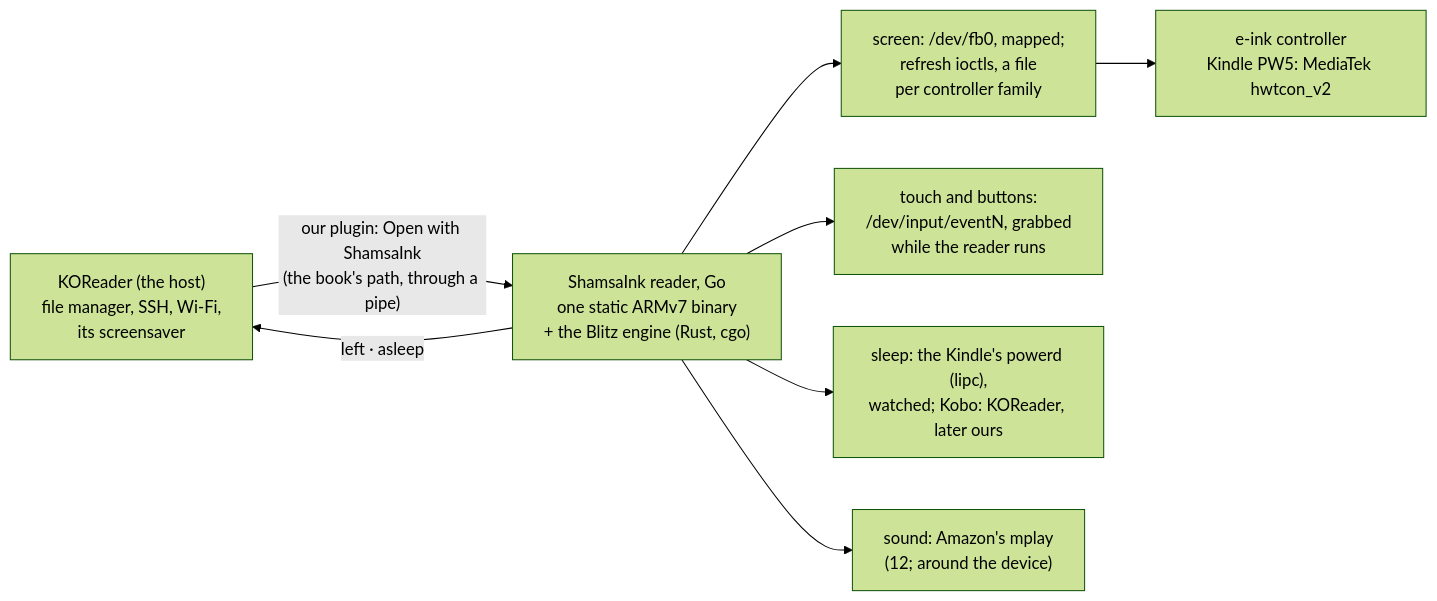
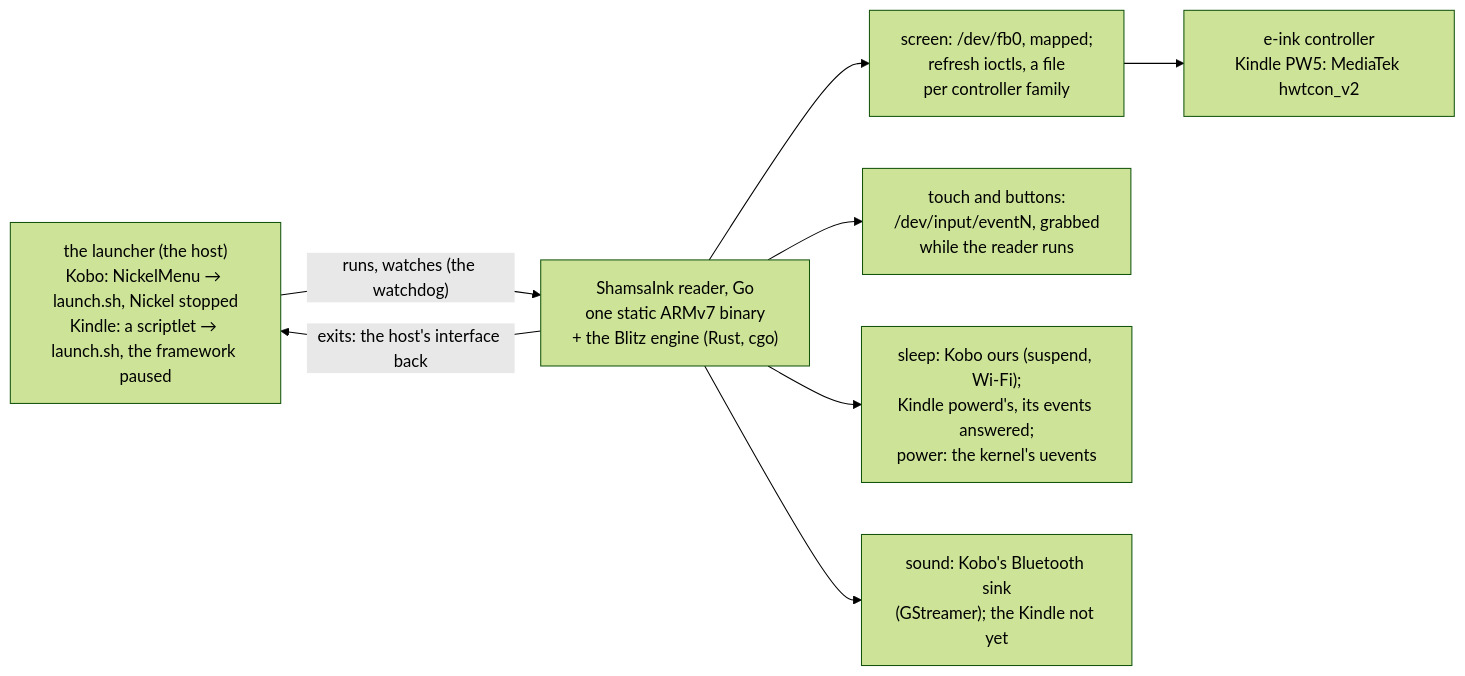
Before and after one commit to ardeshirj/shamsaink: the fourth of 5 diagrams in docs/DESIGN.md, drawn with Mermaid (forest theme). The commit also changed other lines of this file, not shown here.

First line of the commit message:
DESIGN.md, On the device: the hosts as they are now, and where the device-specific code lives

````diff
--- a/docs/DESIGN.md
+++ b/docs/DESIGN.md
@@ -175,10 +175,10 @@
 ```mermaid
 flowchart LR
-  ko["KOReader (the host)<br/>file manager, SSH, Wi-Fi,<br/>its screensaver"] -- "our plugin: Open with ShamsaInk<br/>(the book's path, through a pipe)" --> app["ShamsaInk reader, Go<br/>one static ARMv7 binary<br/>+ the Blitz engine (Rust, cgo)"]
-  app -- "left · asleep" --> ko
+  ko["the launcher (the host)<br/>Kobo: NickelMenu → launch.sh, Nickel stopped<br/>Kindle: a scriptlet → launch.sh, the framework paused"] -- "runs, watches (the watchdog)" --> app["ShamsaInk reader, Go<br/>one static ARMv7 binary<br/>+ the Blitz engine (Rust, cgo)"]
+  app -- "exits: the host's interface back" --> ko
   app --> scr["screen: /dev/fb0, mapped;<br/>refresh ioctls, a file<br/>per controller family"]
   app --> inp["touch and buttons:<br/>/dev/input/eventN, grabbed<br/>while the reader runs"]
-  app --> pw["sleep: the Kindle's powerd (lipc),<br/>watched; Kobo: KOReader, later ours"]
-  app --> snd["sound: Amazon's mplay<br/>(12; around the device)"]
+  app --> pw["sleep: Kobo ours (suspend, Wi-Fi);<br/>Kindle powerd's, its events answered;<br/>power: the kernel's uevents"]
+  app --> snd["sound: Kobo's Bluetooth sink<br/>(GStreamer); the Kindle not yet"]
   scr --> panel["e-ink controller<br/>Kindle PW5: MediaTek hwtcon_v2"]
 ```
````
